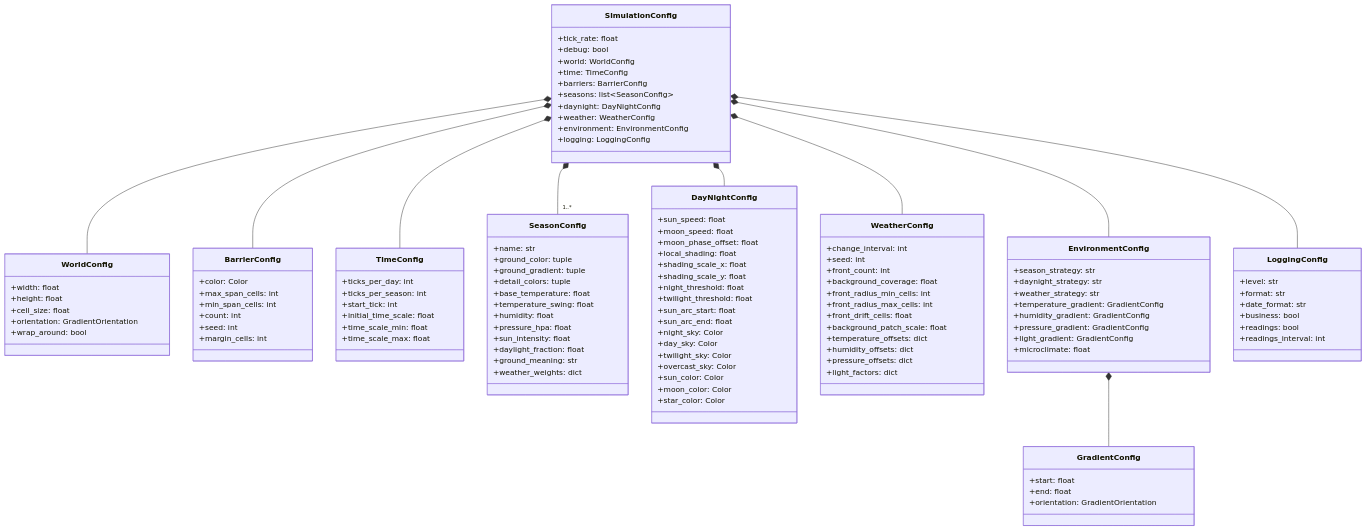
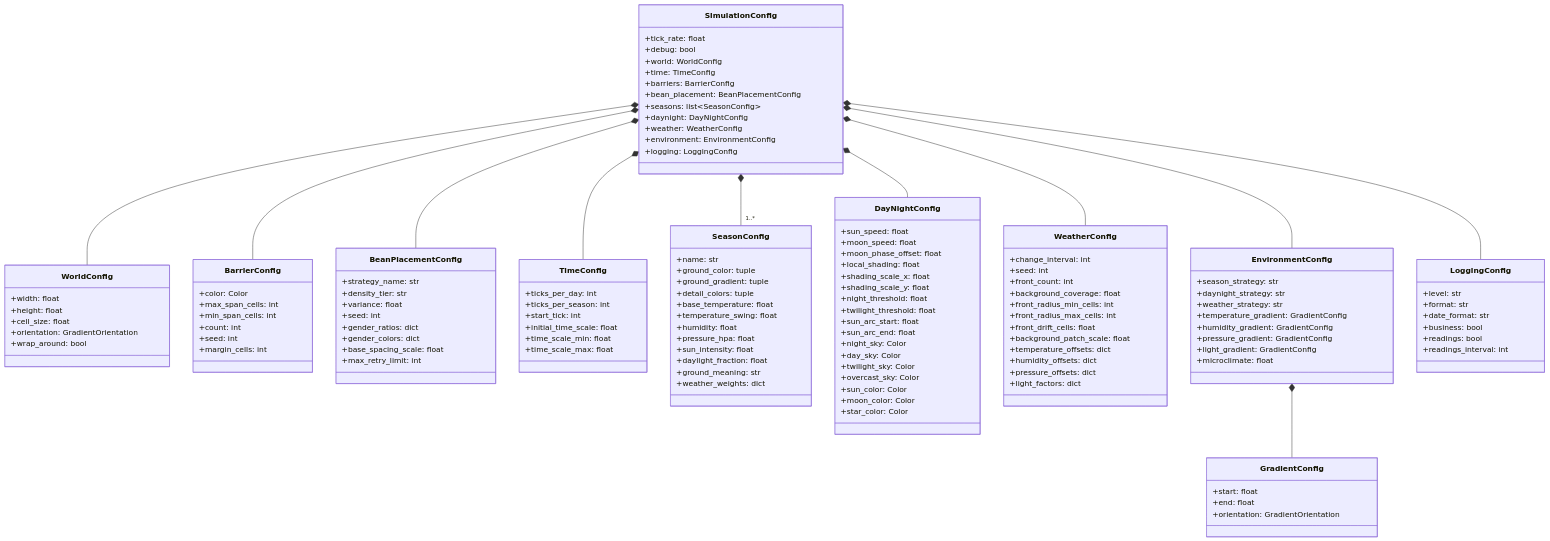
Before and after one commit to m-rossini/bns: the ninth of 10 diagrams in diagrams.md, drawn with Mermaid. The commit also changed other lines of this file and 20 other files, not shown here.

First line of the commit message:
feat(bean-placement): spawn controller, gender system, placement strategies

```diff
--- a/diagrams.md
+++ b/diagrams.md
@@ -574,6 +652,7 @@
         +world: WorldConfig
         +time: TimeConfig
         +barriers: BarrierConfig
+        +bean_placement: BeanPlacementConfig
         +seasons: list~SeasonConfig~
         +daynight: DayNightConfig
         +weather: WeatherConfig
@@ -596,6 +675,17 @@
         +count: int
         +seed: int
         +margin_cells: int
+    }
+
+    class BeanPlacementConfig {
+        +strategy_name: str
+        +density_tier: str
+        +variance: float
+        +seed: int
+        +gender_ratios: dict
+        +gender_colors: dict
+        +base_spacing_scale: float
+        +max_retry_limit: int
     }
 
     class TimeConfig {
@@ -686,6 +776,7 @@
     SimulationConfig *-- WorldConfig
     SimulationConfig *-- TimeConfig
     SimulationConfig *-- BarrierConfig
+    SimulationConfig *-- BeanPlacementConfig
     SimulationConfig *-- "1..*" SeasonConfig
     SimulationConfig *-- DayNightConfig
     SimulationConfig *-- WeatherConfig
```
